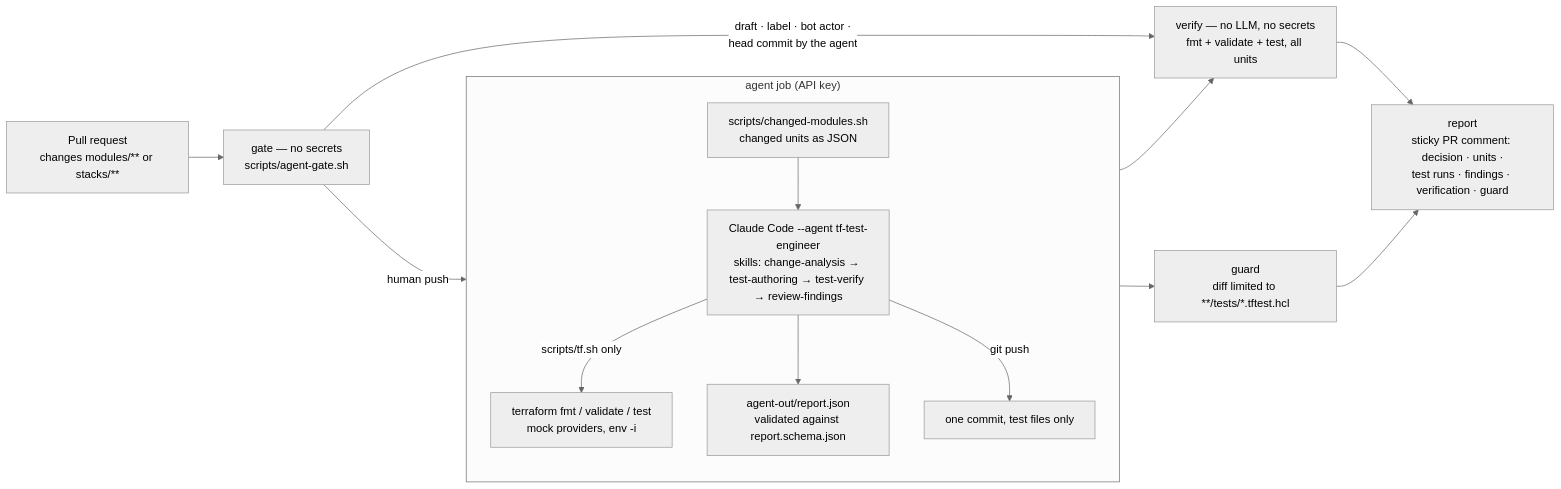
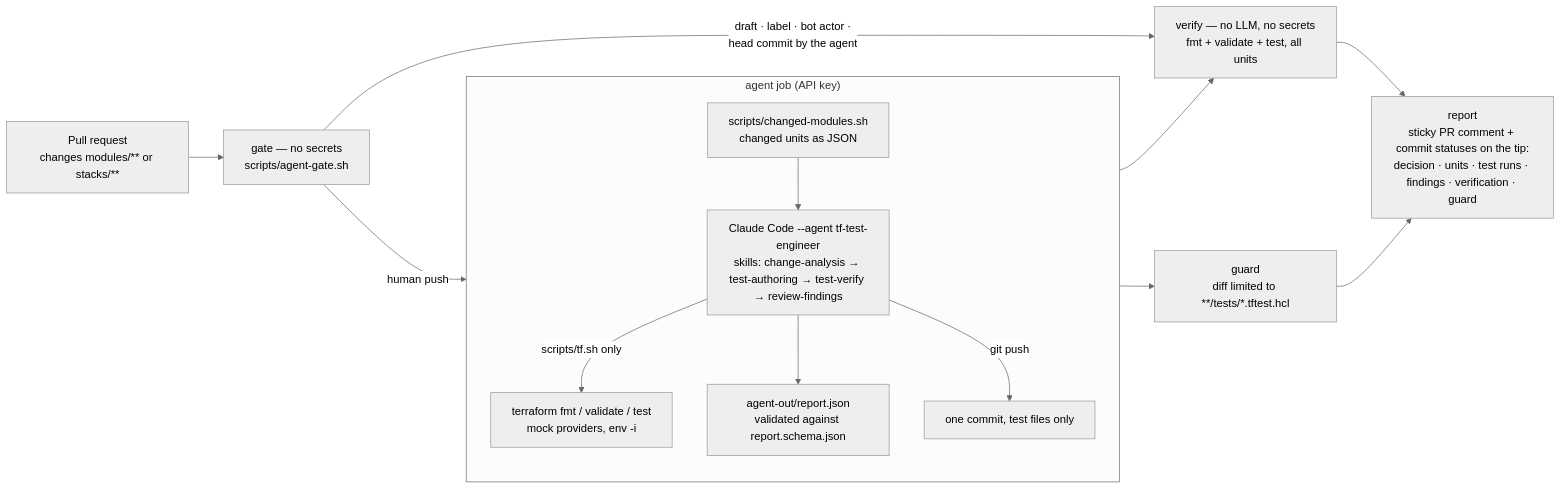
Before and after one commit to romankovsv/Claudfide: the diagram in README.md, drawn with Mermaid (neutral theme). The commit also changed other lines of this file and 4 other files, not shown here.

First line of the commit message:
fix(workflow): push with the job token; attach results to the tip as statuses

````diff
--- a/README.md
+++ b/README.md
@@ -71,17 +71,17 @@
 ```mermaid
 flowchart LR
   subgraph agentjob ["agent job (API key)"]
     direction TB
     cm["scripts/changed-modules.sh<br/>changed units as JSON"] --> cc["Claude Code --agent tf-test-engineer<br/>skills: change-analysis → test-authoring → test-verify → review-findings"]
     cc -- "scripts/tf.sh only" --> tf["terraform fmt / validate / test<br/>mock providers, env -i"]
     cc --> rep["agent-out/report.json<br/>validated against report.schema.json"]
     cc -- "git push" --> commit["one commit, test files only"]
   end
   PR["Pull request<br/>changes modules/** or stacks/**"] --> gate["gate — no secrets<br/>scripts/agent-gate.sh"]
   gate -- "human push" --> agentjob
   gate -- "draft · label · bot actor ·<br/>head commit by the agent" --> verify
   agentjob --> verify["verify — no LLM, no secrets<br/>fmt + validate + test, all units"]
   agentjob --> guard["guard<br/>diff limited to **/tests/*.tftest.hcl"]
-  verify --> report["report<br/>sticky PR comment: decision · units ·<br/>test runs · findings · verification · guard"]
+  verify --> report["report<br/>sticky PR comment + commit statuses on the tip:<br/>decision · units · test runs · findings · verification · guard"]
   guard --> report
 ```
````
